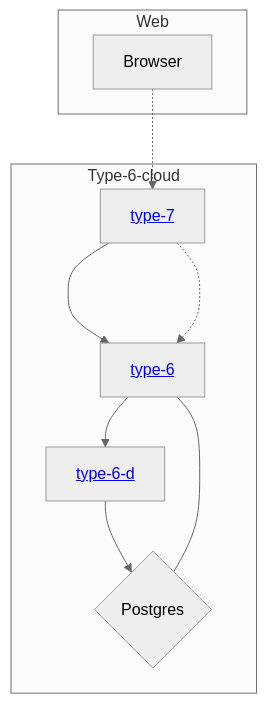
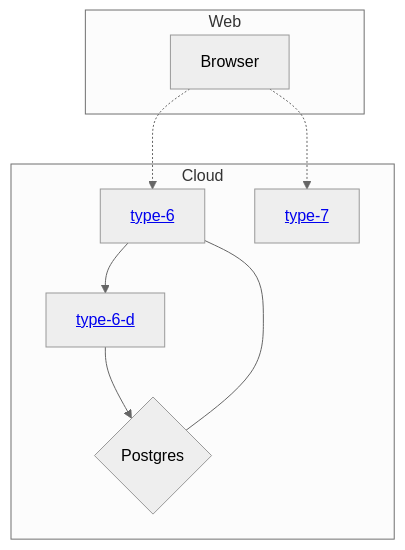
The diagram in Readme.md (timattt/TypeSixCloud), drawn with Mermaid (neutral theme) before and after one commit.

````diff
--- a/Readme.md
+++ b/Readme.md
@@ -7,13 +7,13 @@
 ```mermaid
 graph TD;
- subgraph Type-6-cloud
+ subgraph "Cloud"
     type-6[<a href='https://github.com/timattt/TypeSix'>type-6</a>] --> type-6-d[<a href='https://github.com/timattt/TypeSixD'>type-6-d</a>];
-    type-7[<a href='https://github.com/timattt/TypeSeven'>type-7</a>] ---> type-6[<a href='https://github.com/timattt/TypeSix'>type-6</a>];
-    type-7[<a href='https://github.com/timattt/TypeSeven'>type-7</a>] -.-> type-6[<a href='https://github.com/timattt/TypeSix'>type-6</a>];
+    type-7[<a href='https://github.com/timattt/TypeSeven'>type-7</a>];
     di{Postgres} --- type-6[<a href='https://github.com/timattt/TypeSix'>type-6</a>];
     type-6-d[<a href='https://github.com/timattt/TypeSixD'>type-6-d</a>] --> di{Postgres};
  end
- subgraph Web
+ subgraph "Web"
    Browser -.-> type-7
+   Browser -.-> type-6
  end
 ```
````
